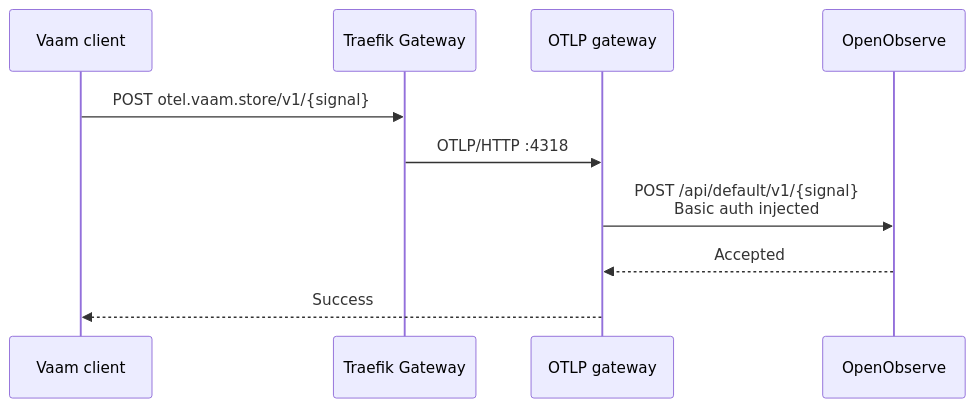
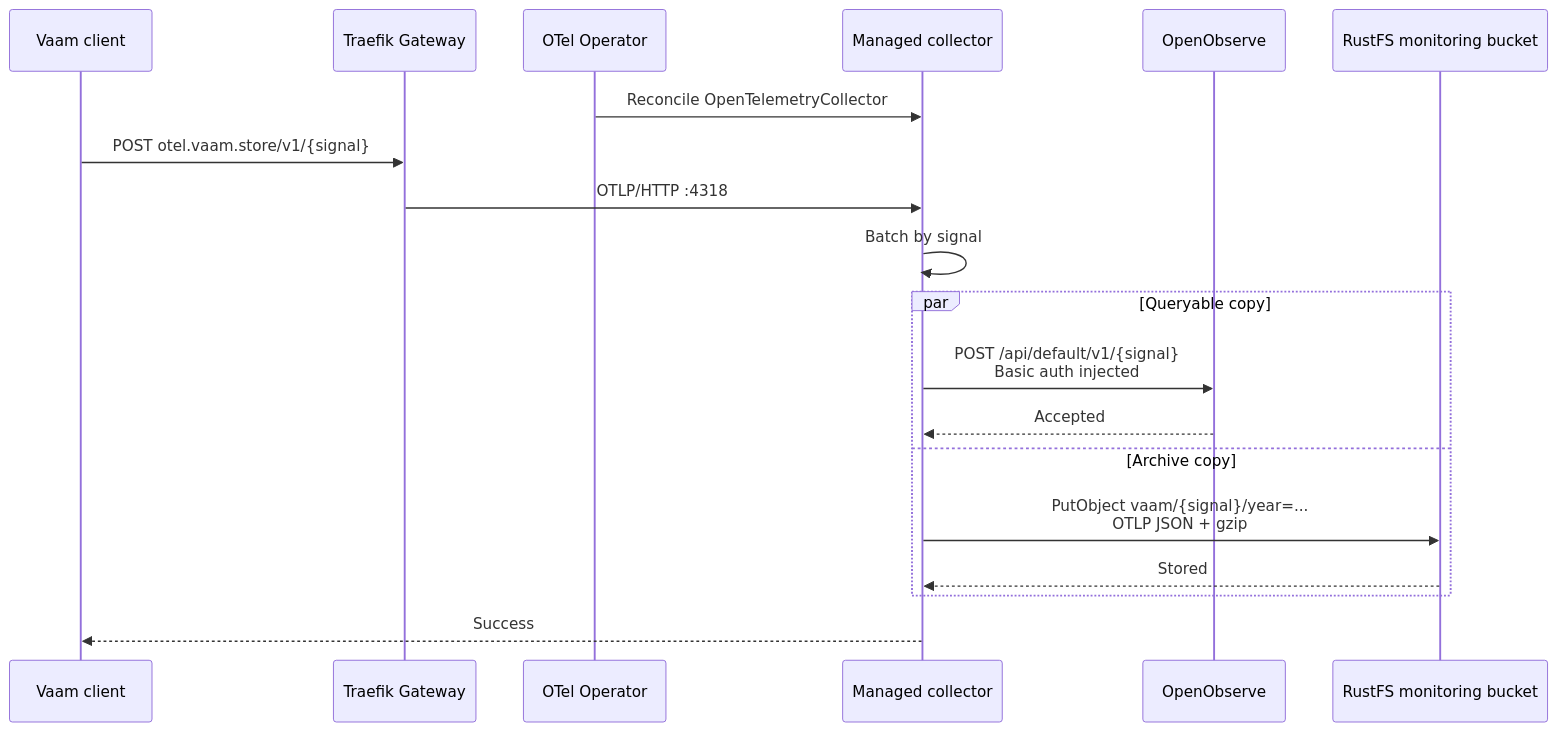
Before and after one commit to WhyThatFunction/home-os: the first of 2 diagrams in charts/home-apps/openobserve/README.md, drawn with Mermaid. The commit also changed other lines of this file and 4 other files, not shown here.

Commit message:
feat: archive OpenTelemetry batches to RustFS

````diff
--- a/charts/home-apps/openobserve/README.md
+++ b/charts/home-apps/openobserve/README.md
@@ -39,12 +42,21 @@
 ```mermaid
 sequenceDiagram
     participant Client as Vaam client
     participant Gateway as Traefik Gateway
-    participant Collector as OTLP gateway
+    participant Operator as OTel Operator
+    participant Collector as Managed collector
     participant O2 as OpenObserve
+    participant S3 as RustFS monitoring bucket
+    Operator->>Collector: Reconcile OpenTelemetryCollector
     Client->>Gateway: POST otel.vaam.store/v1/{signal}
     Gateway->>Collector: OTLP/HTTP :4318
-    Collector->>O2: POST /api/default/v1/{signal}<br/>Basic auth injected
-    O2-->>Collector: Accepted
+    Collector->>Collector: Batch by signal
+    par Queryable copy
+        Collector->>O2: POST /api/default/v1/{signal}<br/>Basic auth injected
+        O2-->>Collector: Accepted
+    and Archive copy
+        Collector->>S3: PutObject vaam/{signal}/year=...<br/>OTLP JSON + gzip
+        S3-->>Collector: Stored
+    end
     Collector-->>Client: Success
 ```
````
